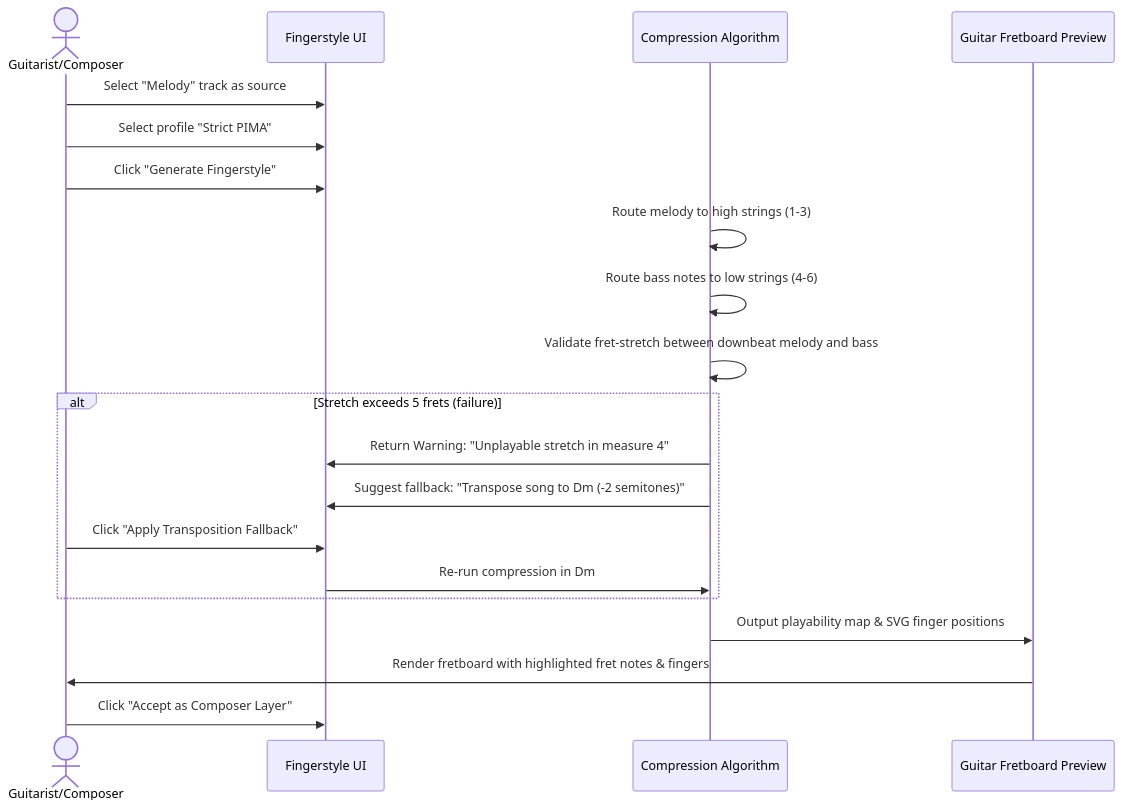
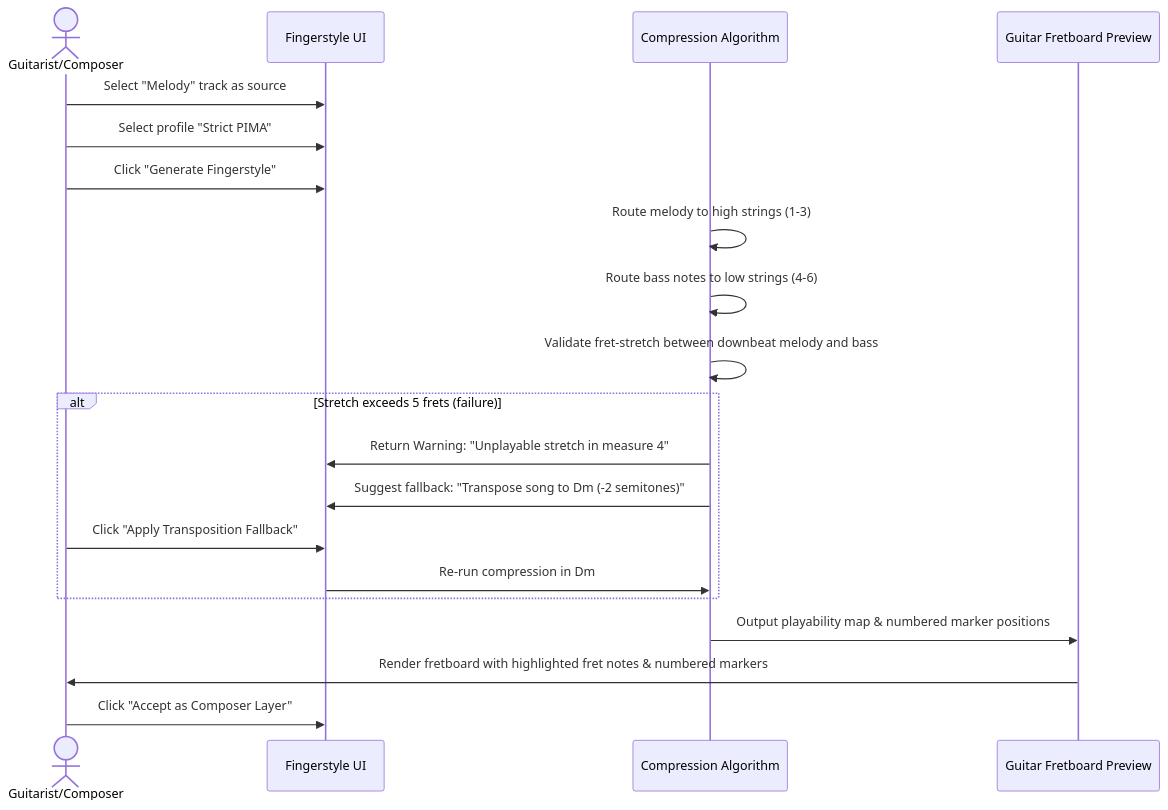
Before and after one commit to duyhunghd6/bhajan-song-composer: the fourth of 4 diagrams in docs/UI.md, drawn with Mermaid. The commit also changed other lines of this file and 21 other files, not shown here.

````diff
--- a/docs/UI.md
+++ b/docs/UI.md
@@ -305,26 +305,26 @@
 ```mermaid
 sequenceDiagram
     actor User as Guitarist/Composer
     participant UI as Fingerstyle UI
     participant Comp as Compression Algorithm
     participant Fret as Guitar Fretboard Preview
 
     User->>UI: Select "Melody" track as source
     User->>UI: Select profile "Strict PIMA"
     User->>UI: Click "Generate Fingerstyle"
     
     Comp->>Comp: Route melody to high strings (1-3)
     Comp->>Comp: Route bass notes to low strings (4-6)
     Comp->>Comp: Validate fret-stretch between downbeat melody and bass
     
     alt Stretch exceeds 5 frets (failure)
         Comp->>UI: Return Warning: "Unplayable stretch in measure 4"
         Comp->>UI: Suggest fallback: "Transpose song to Dm (-2 semitones)"
         User->>UI: Click "Apply Transposition Fallback"
         UI->>Comp: Re-run compression in Dm
     end
 
-    Comp->>Fret: Output playability map & SVG finger positions
-    Fret->>User: Render fretboard with highlighted fret notes & fingers
+    Comp->>Fret: Output playability map & numbered marker positions
+    Fret->>User: Render fretboard with highlighted fret notes & numbered markers
     User->>UI: Click "Accept as Composer Layer"
 ```
````
